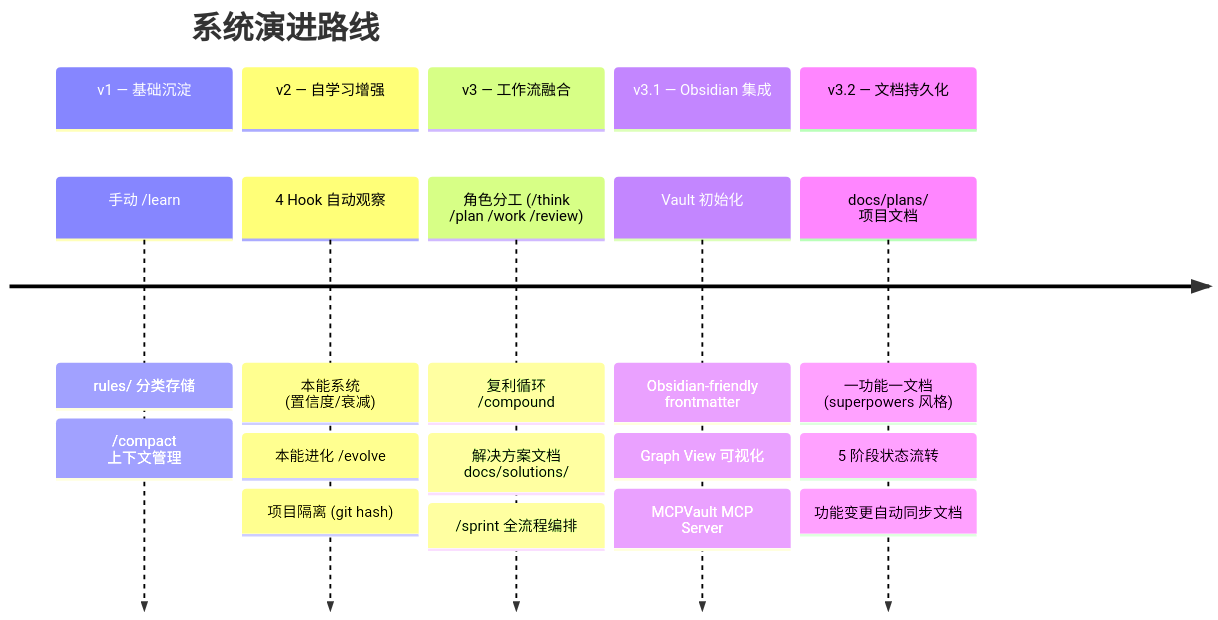
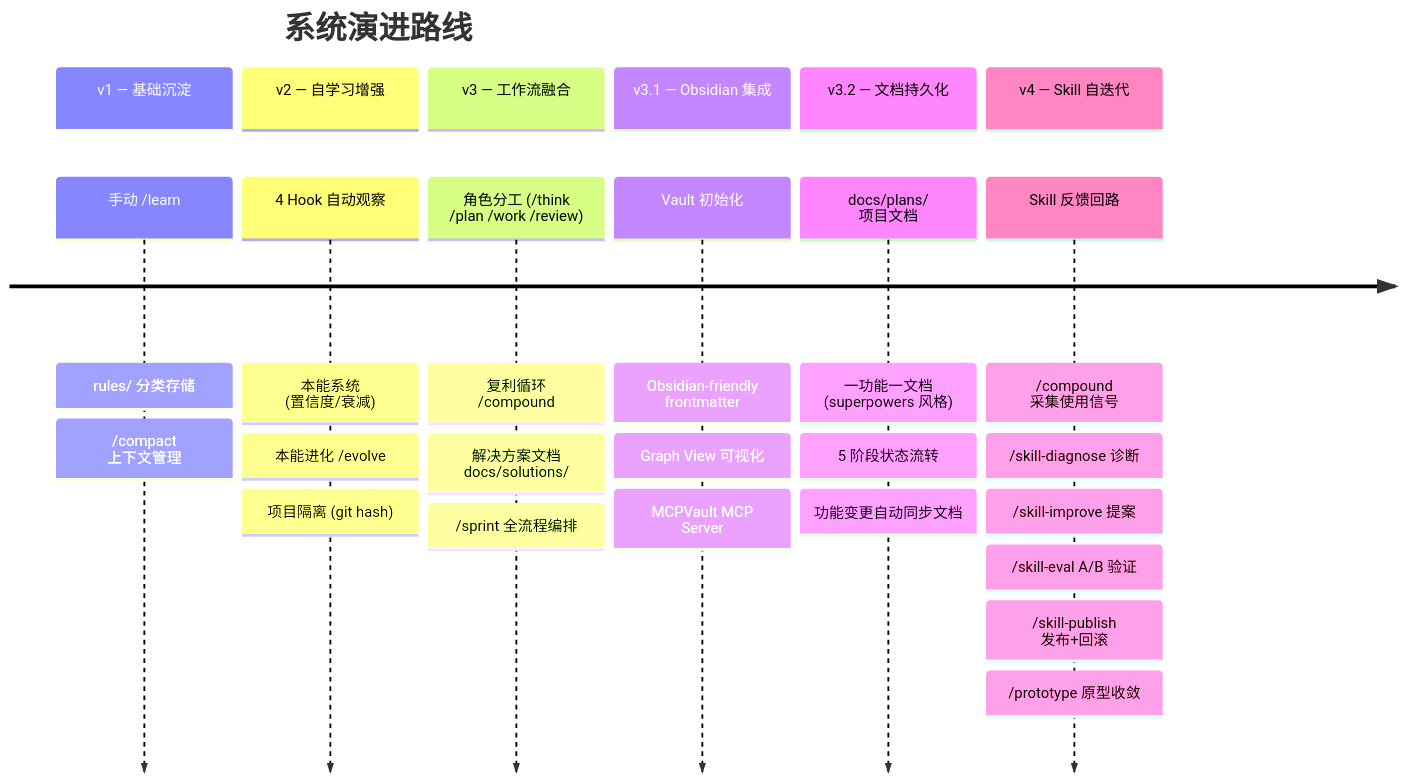
One commit to songuu/tech-persistence changed the eighth of 8 diagrams in README.md. Above: the diagram before and after it, drawn with Mermaid. The commit also changed other lines of this file and 18 other files, not shown here.

````diff
--- a/README.md
+++ b/README.md
@@ -603,14 +641,16 @@
 ```mermaid
 timeline
     title 系统演进路线
     section v1 — 基础沉淀
       手动 /learn : rules/ 分类存储 : /compact 上下文管理
     section v2 — 自学习增强
       4 Hook 自动观察 : 本能系统 (置信度/衰减) : 本能进化 /evolve : 项目隔离 (git hash)
     section v3 — 工作流融合
       角色分工 (/think /plan /work /review) : 复利循环 /compound : 解决方案文档 docs/solutions/ : /sprint 全流程编排
     section v3.1 — Obsidian 集成
       Vault 初始化 : Obsidian-friendly frontmatter : Graph View 可视化 : MCPVault MCP Server
     section v3.2 — 文档持久化
       docs/plans/ 项目文档 : 一功能一文档 (superpowers 风格) : 5 阶段状态流转 : 功能变更自动同步文档
+    section v4 — Skill 自迭代
+      Skill 反馈回路 : /compound 采集使用信号 : /skill-diagnose 诊断 : /skill-improve 提案 : /skill-eval A/B 验证 : /skill-publish 发布+回滚 : /prototype 原型收敛
 ```
````
